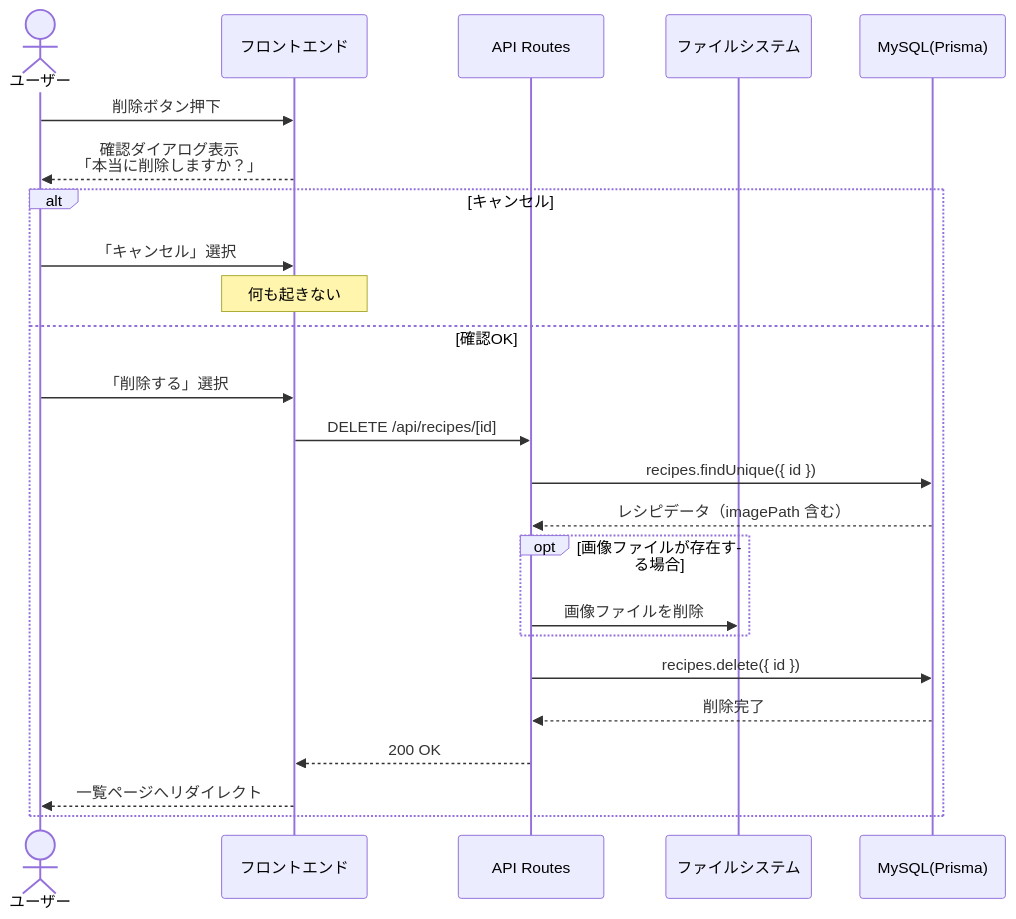
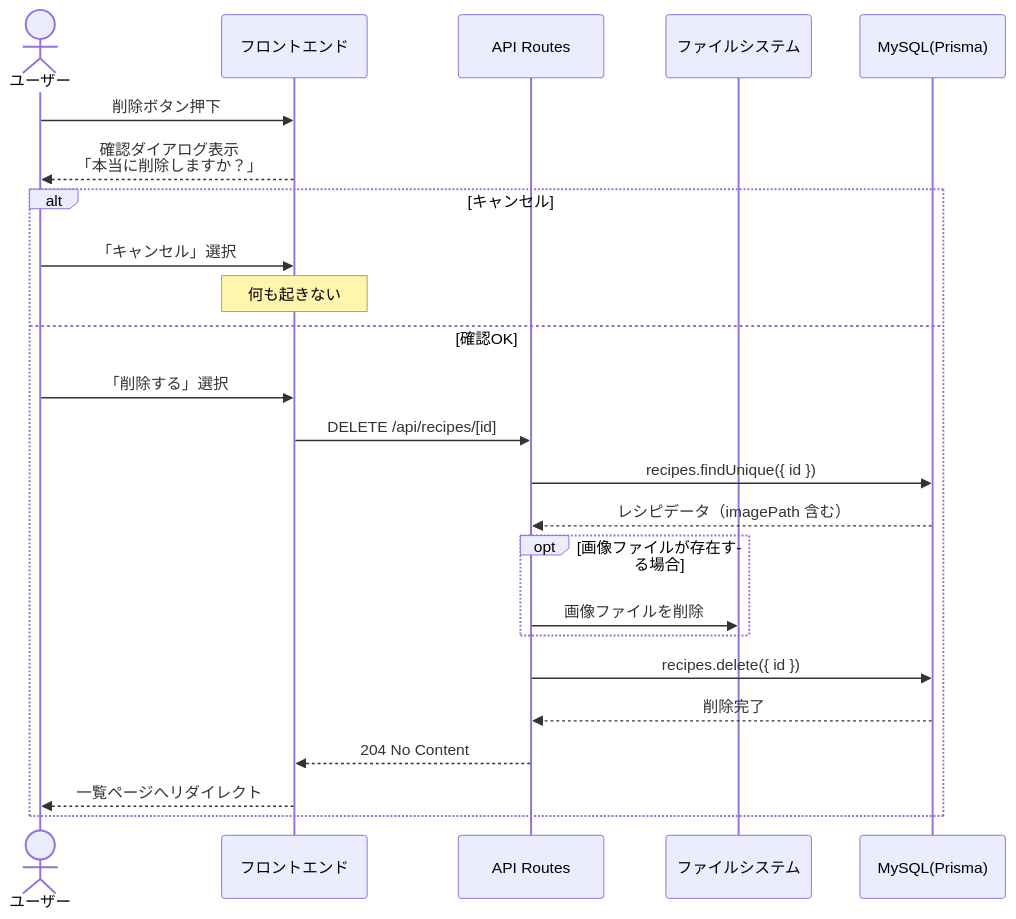
The fourth of 5 diagrams in docs/シーケンス図.md (saki-nakata/RecipeManagement), drawn with Mermaid before and after one commit. The commit also changed 4 other files, not shown here.

````diff
--- a/docs/シーケンス図.md
+++ b/docs/シーケンス図.md
@@ -124,27 +124,27 @@
 ```mermaid
 sequenceDiagram
     actor U as ユーザー
     participant FE as フロントエンド
     participant API as API Routes
     participant FS as ファイルシステム
     participant DB as MySQL(Prisma)
 
     U->>FE: 削除ボタン押下
     FE-->>U: 確認ダイアログ表示<br/>「本当に削除しますか？」
     alt キャンセル
         U->>FE: 「キャンセル」選択
         note over FE: 何も起きない
     else 確認OK
         U->>FE: 「削除する」選択
         FE->>API: DELETE /api/recipes/[id]
         API->>DB: recipes.findUnique({ id })
         DB-->>API: レシピデータ（imagePath 含む）
         opt 画像ファイルが存在する場合
             API->>FS: 画像ファイルを削除
         end
         API->>DB: recipes.delete({ id })
         DB-->>API: 削除完了
-        API-->>FE: 200 OK
+        API-->>FE: 204 No Content
         FE-->>U: 一覧ページへリダイレクト
     end
 ```
````
